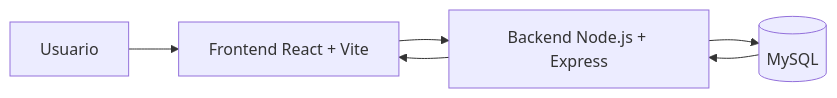
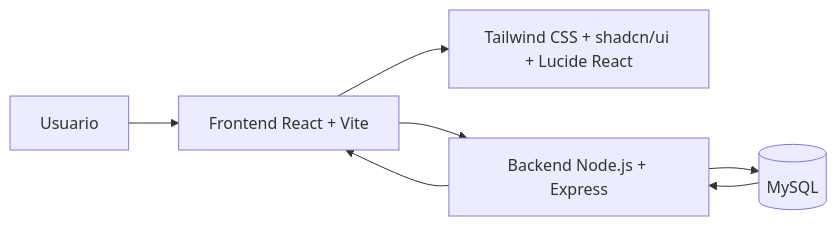
Before and after one commit to Christian-O-dev/SkilSwap-proyect-: the first of 2 diagrams in docs/ARCHITECTURE.md, drawn with Mermaid. The commit also changed other lines of this file, not shown here.

````diff
--- a/docs/ARCHITECTURE.md
+++ b/docs/ARCHITECTURE.md
@@ -77,8 +95,9 @@
 ```mermaid
 flowchart LR
     U[Usuario] --> F[Frontend React + Vite]
+    F --> UI[Tailwind CSS + shadcn/ui + Lucide React]
     F --> API[Backend Node.js + Express]
     API --> DB[(MySQL)]
     DB --> API
     API --> F
 ```
````
